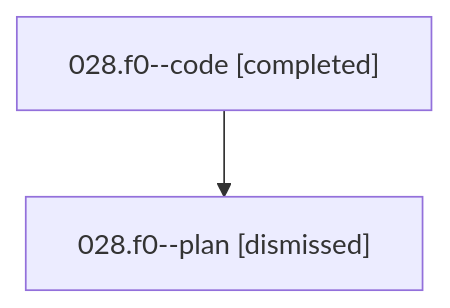
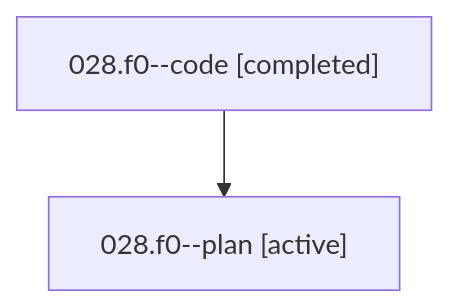
Before and after one commit to bobs-org/bob-cli--agents: the diagram in families/bbugyi200.athena.028.f0.md, drawn with Mermaid. The commit also changed other lines of this file and 1279 other files, not shown here.

````diff
--- a/families/bbugyi200.athena.028.f0.md
+++ b/families/bbugyi200.athena.028.f0.md
@@ -9,6 +9,6 @@
 ```mermaid
 flowchart TD
   n0["028.f0--code [completed]"]
-  n1["028.f0--plan [dismissed]"]
+  n1["028.f0--plan [active]"]
   n0 --> n1
 ```
````
